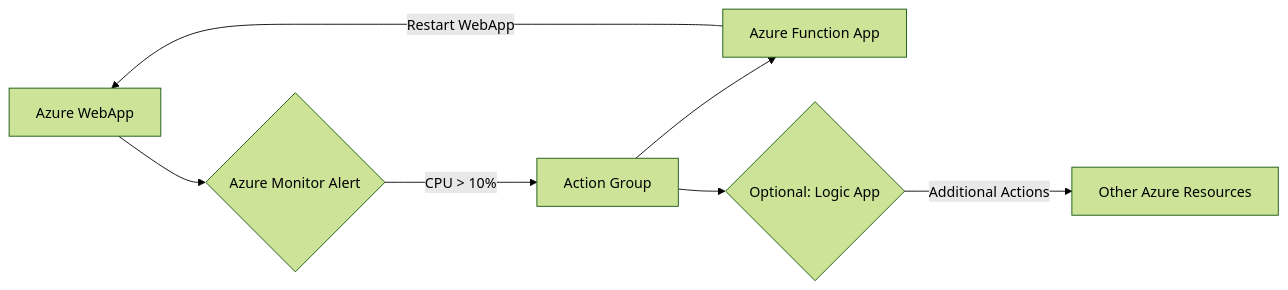
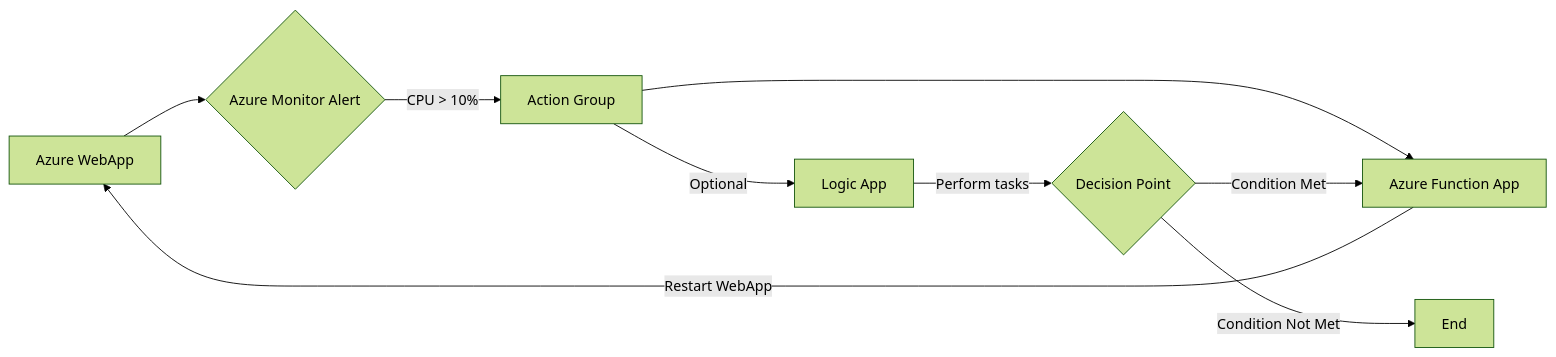
Before and after one commit to Jobinjohn2002/Infra_ops: the diagram in diagram.mmd, drawn with Mermaid (forest theme). The commit also changed 2 other files, not shown here.

Commit message:
Auto-generated runbook with diagram image

```diff
--- a/diagram.mmd
+++ b/diagram.mmd
@@ -1,7 +1,9 @@
 graph LR
     A[Azure WebApp] --> B{Azure Monitor Alert};
     B -- CPU > 10% --> C[Action Group];
     C --> D[Azure Function App];
     D -- Restart WebApp --> A;
-    C --> E{Optional: Logic App};
-    E -- Additional Actions --> F[Other Azure Resources];
+    C -- Optional --> E[Logic App];
+    E -- Perform tasks --> F{Decision Point};
+    F -- Condition Met --> D;
+    F -- Condition Not Met --> G[End];
```
